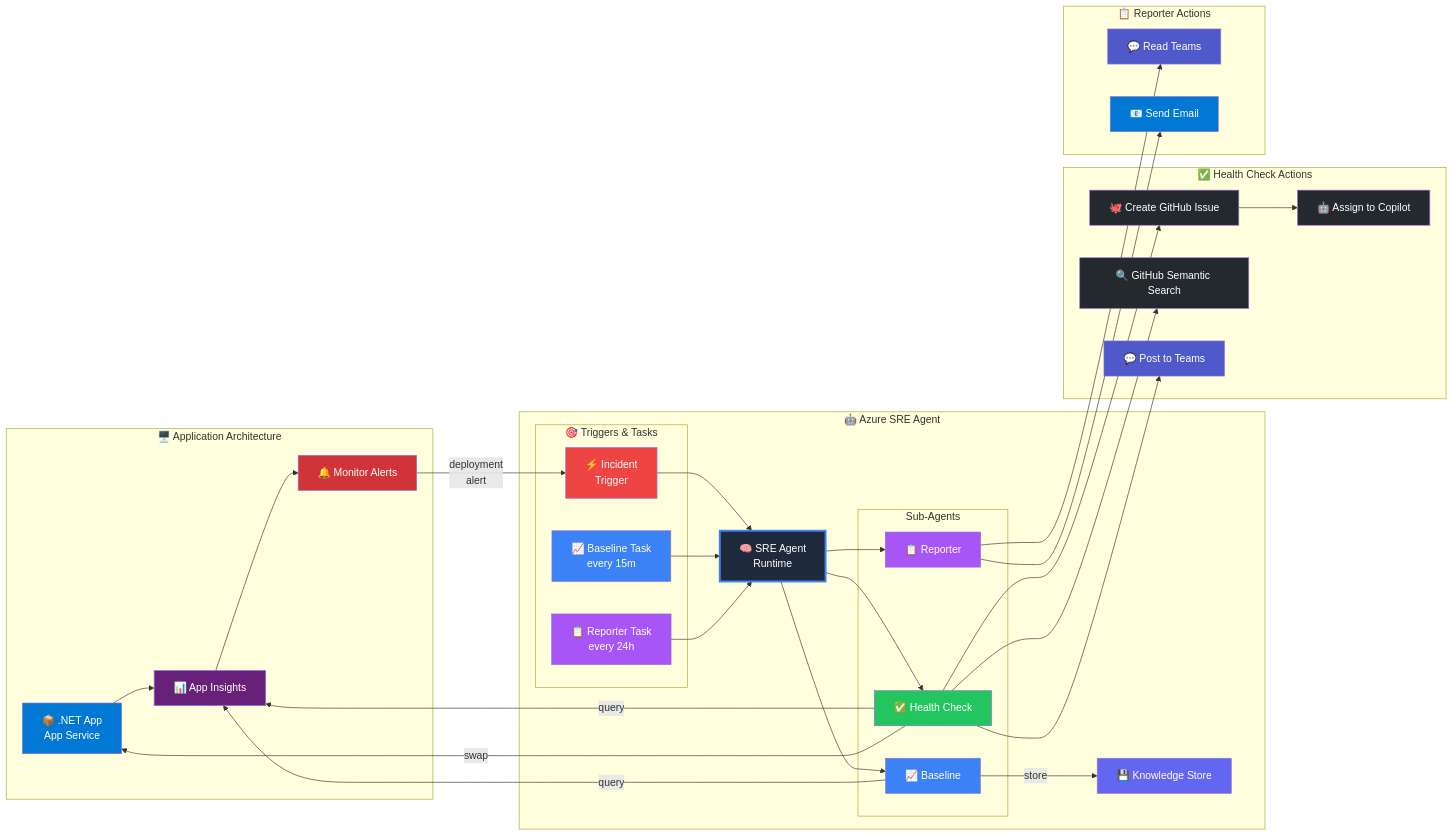
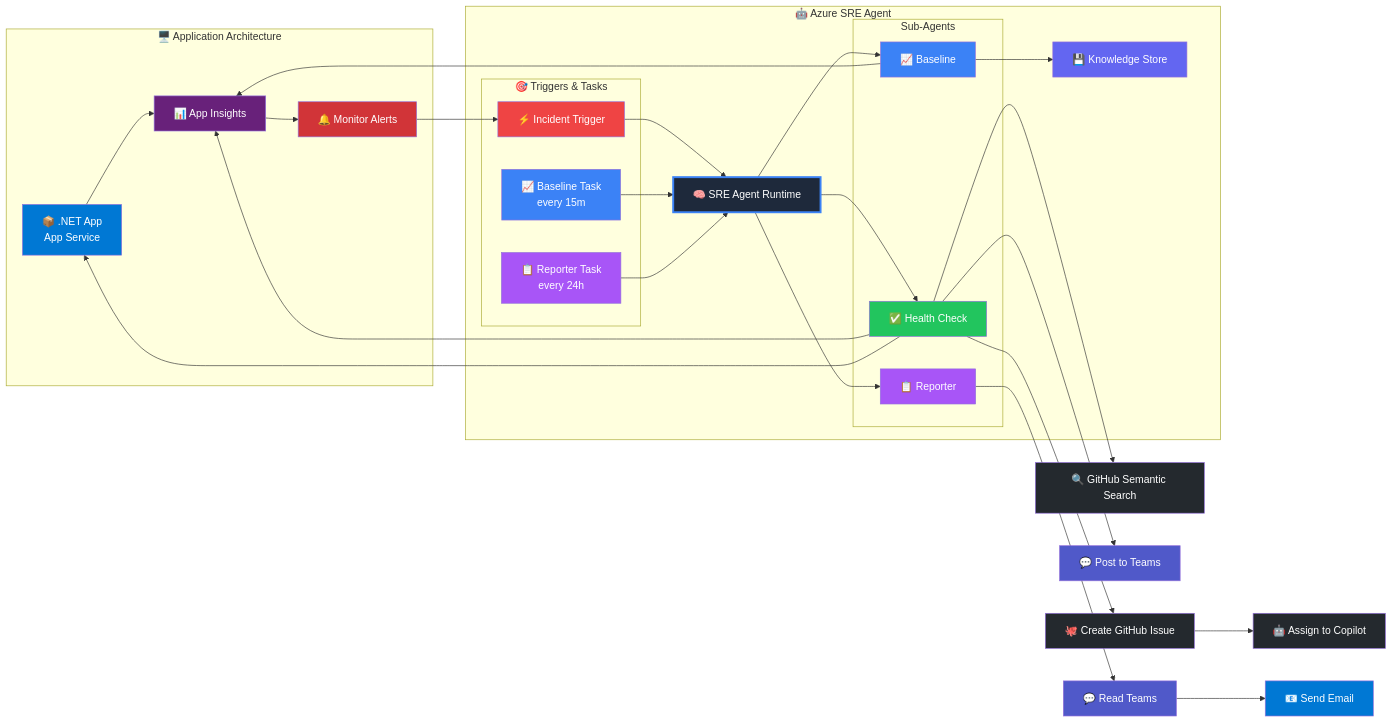
The diagram in README.md (meetshamir/dotnetday), drawn with Mermaid before and after one commit.

Commit message:
Fix diagram layout: horizontal flows, remove crossing arrows

```diff
--- a/README.md
+++ b/README.md
@@ -39,12 +39,12 @@
     %% ===== AZURE SRE AGENT (Center) =====
     subgraph SREAgent["🤖 Azure SRE Agent"]
         subgraph Triggers["🎯 Triggers & Tasks"]
-            INCIDENT["⚡ Incident<br/>Trigger"]
+            INCIDENT["⚡ Incident Trigger"]
             SCHED_BASELINE["📈 Baseline Task<br/>every 15m"]
             SCHED_REPORTER["📋 Reporter Task<br/>every 24h"]
         end
 
-        RUNTIME["🧠 SRE Agent<br/>Runtime"]
+        RUNTIME["🧠 SRE Agent Runtime"]
 
         subgraph SubAgents["Sub-Agents"]
             HEALTH["✅ Health Check"]
@@ -53,75 +53,63 @@
         end
 
         KNOWLEDGE["💾 Knowledge Store"]
-
-        %% Internal agent flows
-        INCIDENT --> RUNTIME
-        SCHED_BASELINE --> RUNTIME
-        SCHED_REPORTER --> RUNTIME
-        RUNTIME --> HEALTH
-        RUNTIME --> BASELINE
-        RUNTIME --> REPORTER
-        BASELINE -->|"store"| KNOWLEDGE
     end
 
-    %% ===== HEALTH CHECK ACTIONS (Right) =====
-    subgraph HealthActions["✅ Health Check Actions"]
-        GITHUB["🐙 Create GitHub Issue"]
-        GHSEARCH["🔍 GitHub Semantic Search"]
-        COPILOT["🤖 Assign to Copilot"]
-        TEAMS_POST["💬 Post to Teams"]
-    end
+    %% ===== EXTERNAL INTEGRATIONS (Right) - No subgraphs to avoid crossing =====
+    GITHUB["🐙 Create GitHub Issue"]
+    COPILOT["🤖 Assign to Copilot"]
+    GHSEARCH["🔍 GitHub Semantic Search"]
+    TEAMS_POST["💬 Post to Teams"]
+    TEAMS_READ["💬 Read Teams"]
+    OUTLOOK["📧 Send Email"]
 
-    %% ===== REPORTER ACTIONS (Right) =====
-    subgraph ReporterActions["📋 Reporter Actions"]
-        TEAMS_READ["💬 Read Teams"]
-        OUTLOOK["📧 Send Email"]
-    end
+    %% ===== INTERNAL AGENT FLOWS =====
+    INCIDENT --> RUNTIME
+    SCHED_BASELINE --> RUNTIME
+    SCHED_REPORTER --> RUNTIME
+    RUNTIME --> HEALTH
+    RUNTIME --> BASELINE
+    RUNTIME --> REPORTER
+    BASELINE --> KNOWLEDGE
 
-    %% ===== CROSS-BOUNDARY FLOWS =====
-    ALERTS -->|"deployment<br/>alert"| INCIDENT
-    HEALTH -->|"query"| INSIGHTS
-    HEALTH -->|"swap"| APP
-    BASELINE -->|"query"| INSIGHTS
+    %% ===== APP ARCHITECTURE TO AGENT =====
+    ALERTS --> INCIDENT
     
-    HEALTH --> GITHUB
+    %% ===== HEALTH CHECK FLOWS (horizontal) =====
+    HEALTH --> INSIGHTS
+    HEALTH --> APP
+    HEALTH --> GITHUB --> COPILOT
     HEALTH --> GHSEARCH
     HEALTH --> TEAMS_POST
-    GITHUB --> COPILOT
-    
-    REPORTER --> TEAMS_READ
-    REPORTER --> OUTLOOK
+
+    %% ===== BASELINE FLOWS =====
+    BASELINE --> INSIGHTS
+
+    %% ===== REPORTER FLOWS (horizontal) =====
+    REPORTER --> TEAMS_READ --> OUTLOOK
 
     %% ===== STYLING - Brand Colors =====
-    %% Runtime
     style RUNTIME fill:#1e293b,color:#fff,stroke:#3b82f6,stroke-width:3px
     
-    %% Triggers
     style INCIDENT fill:#ef4444,color:#fff
     style SCHED_BASELINE fill:#3b82f6,color:#fff
     style SCHED_REPORTER fill:#a855f7,color:#fff
     
-    %% Sub-Agents
     style HEALTH fill:#22c55e,color:#fff
     style BASELINE fill:#3b82f6,color:#fff
     style REPORTER fill:#a855f7,color:#fff
     
-    %% Knowledge Store
     style KNOWLEDGE fill:#6366f1,color:#fff
     
-    %% GitHub - Black
     style GITHUB fill:#24292e,color:#fff
     style GHSEARCH fill:#24292e,color:#fff
     style COPILOT fill:#24292e,color:#fff
     
-    %% Teams - Purple
     style TEAMS_POST fill:#5059c9,color:#fff
     style TEAMS_READ fill:#5059c9,color:#fff
     
-    %% Outlook - Blue
     style OUTLOOK fill:#0078d4,color:#fff
     
-    %% Azure - Blue
     style APP fill:#0078d4,color:#fff
     style INSIGHTS fill:#68217a,color:#fff
     style ALERTS fill:#d13438,color:#fff
```
